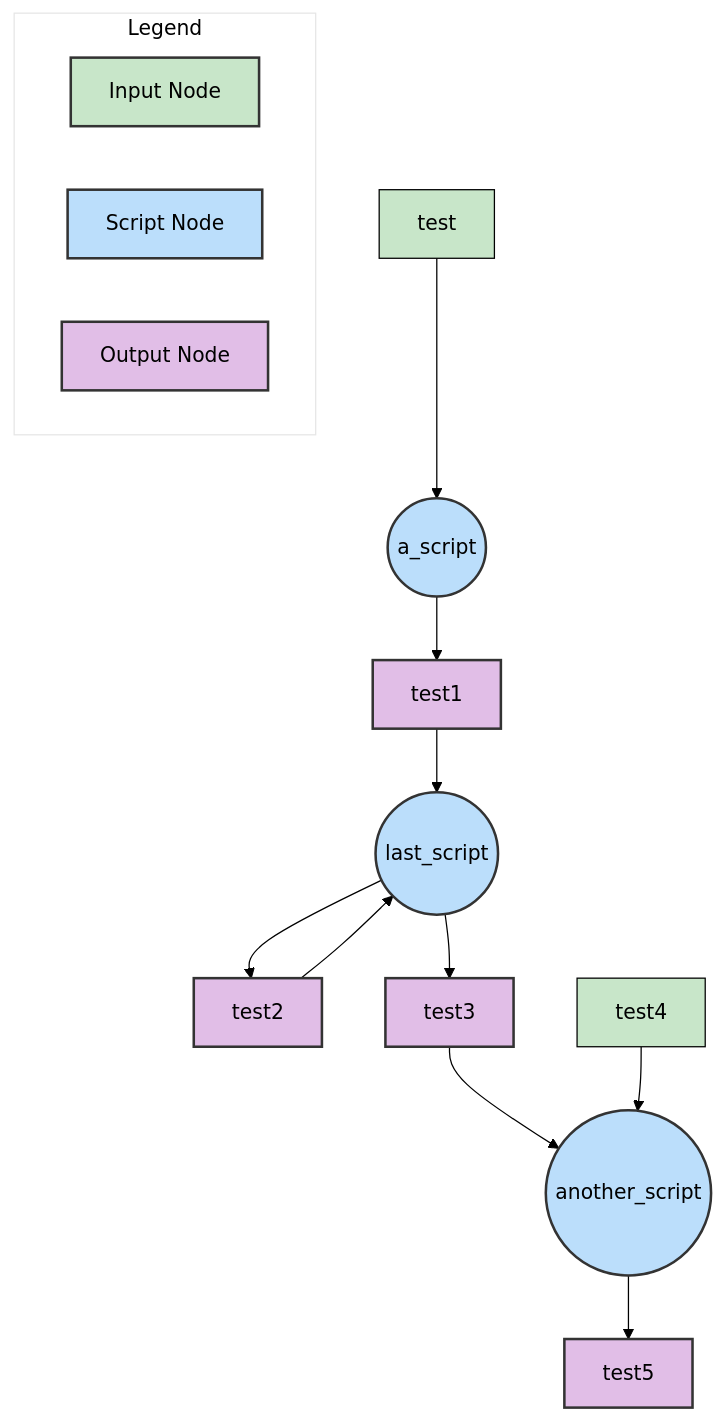
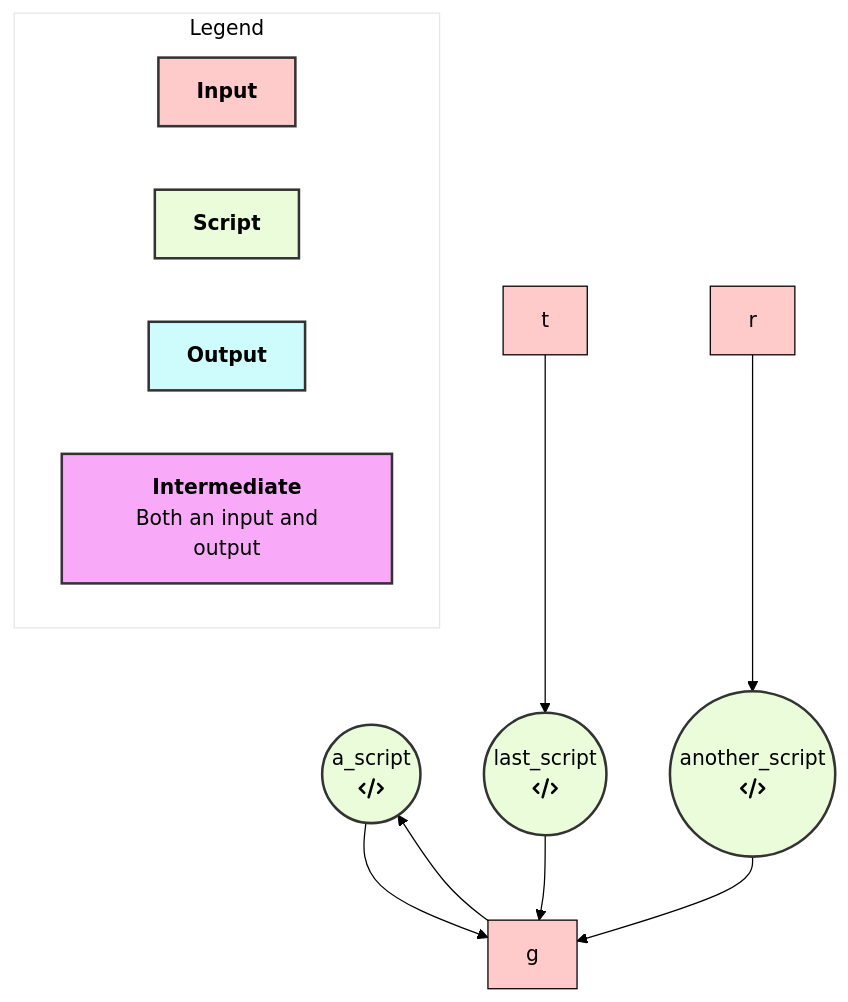
One commit to NeuroHackademy2024/vis_repo_pipeline changed the diagram in README.md. Above: the diagram before and after it, drawn with Mermaid. The commit also changed 1 other file, not shown here.

Commit message:
forcing it

````diff
--- a/README.md
+++ b/README.md
@@ -4,25 +4,36 @@
 ```mermaid
-%%{init: {'theme':'base', 'themeVariables': { 'primaryColor': '#C8E6C9', 'primaryTextColor': '#000', 'primaryBorderColor': '#000000', 'lineColor': '#000000', 'tertiaryColor': '#fff' }}}%%
+ %%{init: {'theme':'base', 'themeVariables': {
+  'primaryColor': '#ffcaca',
+  'primaryTextColor': '#000',
+  'primaryBorderColor': '#000000',
+  'lineColor': '#000000',
+  'tertiaryColor': '#fff'
+}}}%%
 graph TD
-classDef lightGreen fill:#C8E6C9,stroke:#333,stroke-width:2px;
-classDef lightBlue fill:#BBDEFB,stroke:#333,stroke-width:2px;
-classDef lightPurple fill:#E1BEE7,stroke:#333,stroke-width:2px;
+classDef lightRed fill:#ffcaca,stroke:#333,stroke-width:2px;
+classDef lightGreen fill:#ebfcda,stroke:#333,stroke-width:2px;
+classDef lightBlue fill:#cefbfb,stroke:#333,stroke-width:2px;
+classDef lightPurple fill:#f8aaf8,stroke:#333,stroke-width:2px;
 
 subgraph Legend
-    key1[Input Node]:::lightGreen
-    key2[Script Node]:::lightBlue
-    key3[Output Node]:::lightPurple
+    key1[<b>Input]:::lightRed
+    key2[<b>Script]:::lightGreen
+    key3[<b>Output]:::lightBlue
+    key4[<b>Intermediate</b><br> Both an input and output]:::lightPurple
 end
-a_script(("a_script"))
-test --> a_script:::lightBlue
-a_script --> test1:::lightPurple
-last_script(("last_script"))
-test1 --> last_script:::lightBlue
- test2 --> last_script:::lightBlue
-last_script --> test2:::lightPurple
-last_script -->  test3:::lightPurple
-another_script(("another_script"))
-test3 --> another_script:::lightBlue
- test4 --> another_script:::lightBlue
-another_script --> test5:::lightPurple
+a_script(("a_script")):::lightGreen
+a_script(("a_script
+ fa:fa-code"))
+g --> a_script
+a_script --> g
+last_script(("last_script")):::lightGreen
+last_script(("last_script
+ fa:fa-code"))
+t --> last_script
+last_script --> g
+another_script(("another_script")):::lightGreen
+another_script(("another_script
+ fa:fa-code"))
+r --> another_script
+another_script --> g
 ```
````
